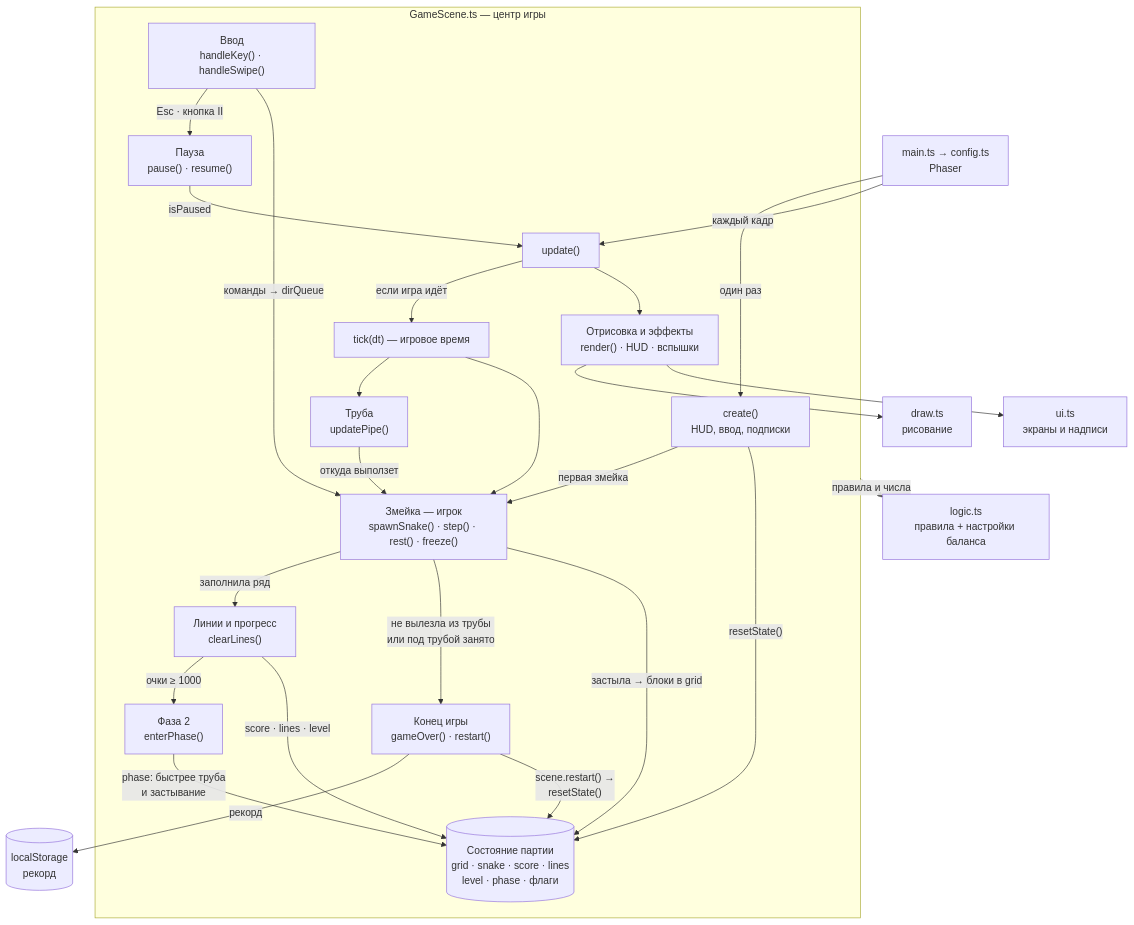
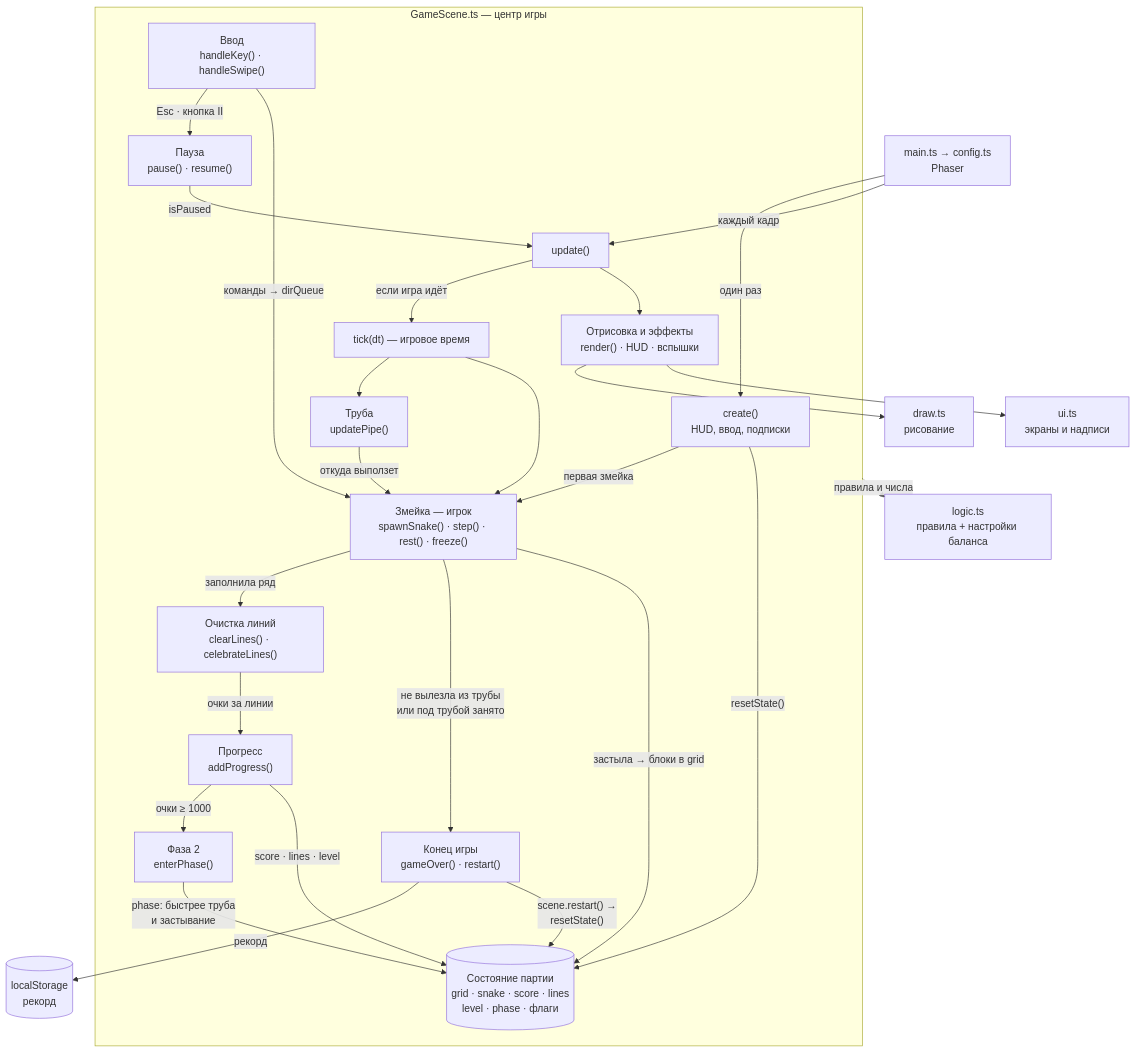
Before and after one commit to qwertochyo/gamedev-2026: the diagram in ARCHITECTURE.md, drawn with Mermaid. The commit also changed other lines of this file and 1 other file, not shown here.

Commit message:
refactor: progress in one place (addProgress)

````diff
--- a/ARCHITECTURE.md
+++ b/ARCHITECTURE.md
@@ -9,48 +9,50 @@
 ```mermaid
 flowchart TD
   main["main.ts → config.ts<br/>Phaser"]
 
   subgraph GS["GameScene.ts — центр игры"]
     create["create()<br/>HUD, ввод, подписки"]
     input["Ввод<br/>handleKey() · handleSwipe()"]
     pause["Пауза<br/>pause() · resume()"]
     update["update()"]
     tick["tick(dt) — игровое время"]
     view["Отрисовка и эффекты<br/>render() · HUD · вспышки"]
     pipe["Труба<br/>updatePipe()"]
     snake["Змейка — игрок<br/>spawnSnake() · step() · rest() · freeze()"]
-    lines["Линии и прогресс<br/>clearLines()"]
+    lines["Очистка линий<br/>clearLines() · celebrateLines()"]
+    progress["Прогресс<br/>addProgress()"]
     phase["Фаза 2<br/>enterPhase()"]
     over["Конец игры<br/>gameOver() · restart()"]
     state[("Состояние партии<br/>grid · snake · score · lines<br/>level · phase · флаги")]
   end
 
   logic["logic.ts<br/>правила + настройки баланса"]
   draw["draw.ts<br/>рисование"]
   ui["ui.ts<br/>экраны и надписи"]
   storage[("localStorage<br/>рекорд")]
 
   main -- "один раз" --> create
   main -- "каждый кадр" --> update
   input -- "Esc · кнопка II" --> pause
   pause -- "isPaused" --> update
   update -- "если игра идёт" --> tick
   update --> view
   view --> draw
   view --> ui
   tick --> pipe
   tick --> snake
   input -- "команды → dirQueue" --> snake
   pipe -- "откуда выползет" --> snake
   snake -- "заполнила ряд" --> lines
-  lines -- "очки ≥ 1000" --> phase
+  lines -- "очки за линии" --> progress
+  progress -- "очки ≥ 1000" --> phase
   snake -- "не вылезла из трубы<br/>или под трубой занято" --> over
   over -- "рекорд" --> storage
   create -- "первая змейка" --> snake
   create -- "resetState()" --> state
   snake -- "застыла → блоки в grid" --> state
-  lines -- "score · lines · level" --> state
+  progress -- "score · lines · level" --> state
   phase -- "phase: быстрее труба<br/>и застывание" --> state
   over -- "scene.restart() →<br/>resetState()" --> state
   GS -. "правила и числа" .-> logic
 ```
````
